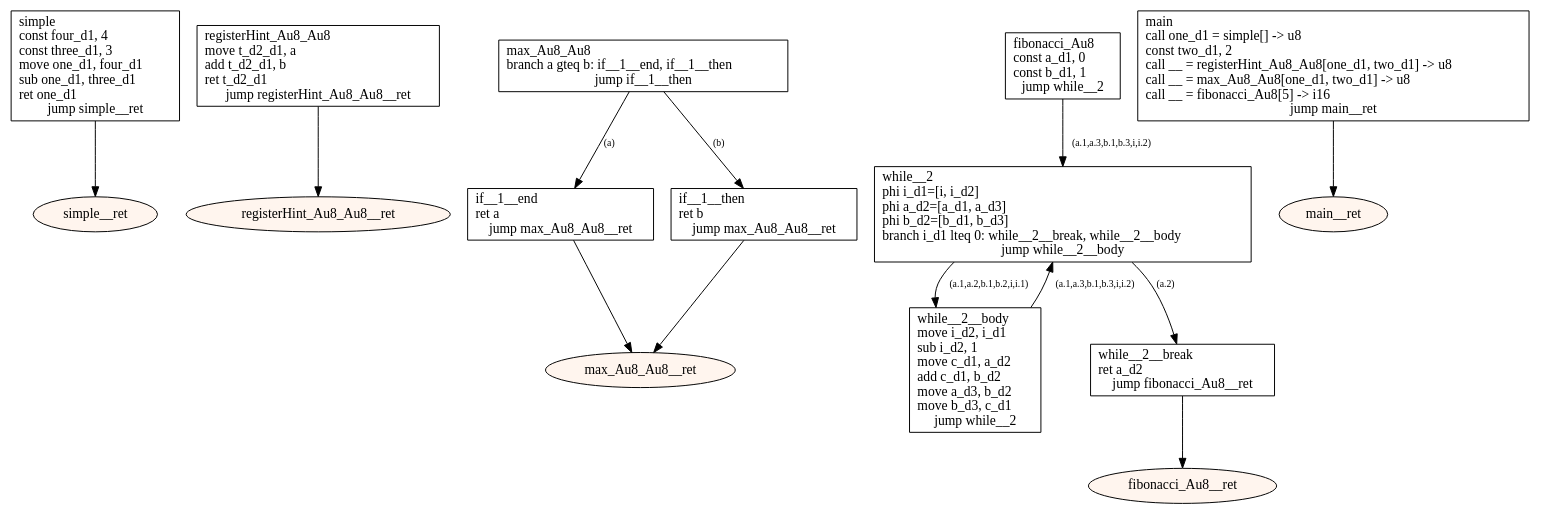
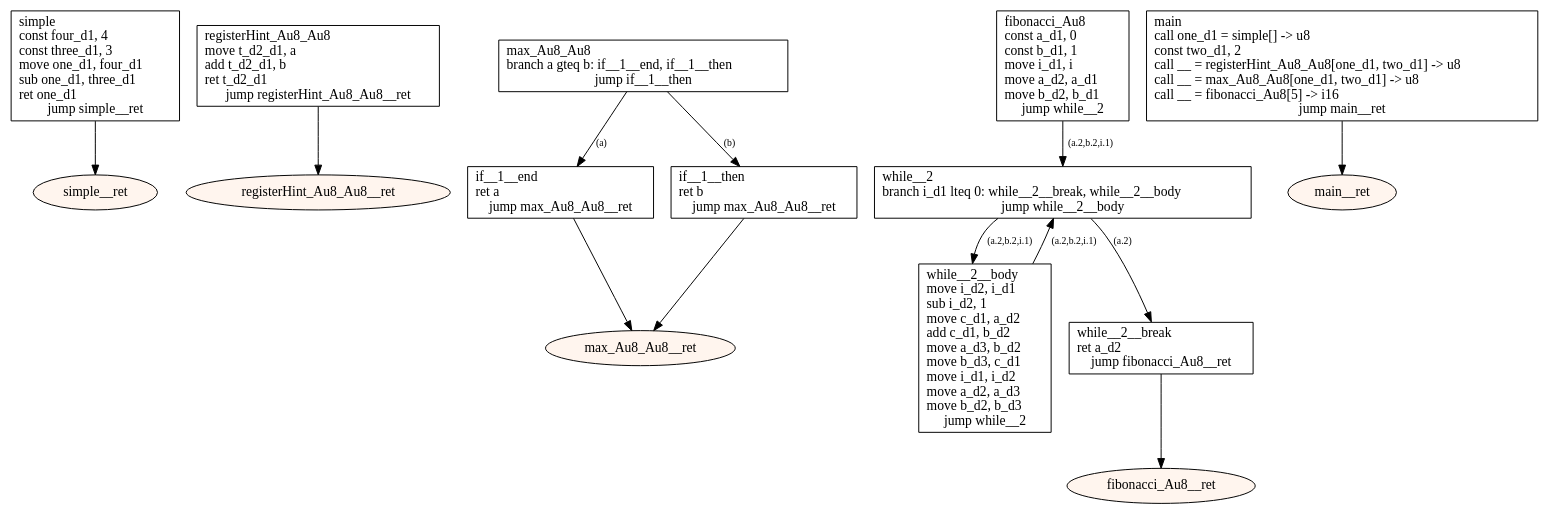
Before and after one commit to tmssngr/tinyC: the diagram in src/main/resources-test/compiler/windows/regalloc.dot, drawn with Graphviz. The commit also changed 159 other files, not shown here.

```diff
--- a/src/main/resources-test/compiler/windows/regalloc.dot
+++ b/src/main/resources-test/compiler/windows/regalloc.dot
@@ -1,40 +1,40 @@
 digraph program {
 	edge[fontsize="10pt"];
 	subgraph fn_simple {
 		BasicBlock_0_simple [label="simple\lconst four_d1, 4\lconst three_d1, 3\lmove one_d1, four_d1\lsub one_d1, three_d1\lret one_d1\ljump simple__ret",shape=box];
 		BasicBlock_0_simple -> BasicBlock_0_simple__ret;
 		BasicBlock_0_simple__ret [label="simple__ret",shape=oval,style=filled,fillcolor="#fff5ee"];
 	}
 	subgraph fn_registerHint_Au8_Au8 {
 		BasicBlock_1_registerHint_Au8_Au8 [label="registerHint_Au8_Au8\lmove t_d2_d1, a\ladd t_d2_d1, b\lret t_d2_d1\ljump registerHint_Au8_Au8__ret",shape=box];
 		BasicBlock_1_registerHint_Au8_Au8 -> BasicBlock_1_registerHint_Au8_Au8__ret;
 		BasicBlock_1_registerHint_Au8_Au8__ret [label="registerHint_Au8_Au8__ret",shape=oval,style=filled,fillcolor="#fff5ee"];
 	}
 	subgraph fn_max_Au8_Au8 {
 		BasicBlock_2_max_Au8_Au8 [label="max_Au8_Au8\lbranch a gteq b: if__1__end, if__1__then\ljump if__1__then",shape=box];
 		BasicBlock_2_max_Au8_Au8 -> BasicBlock_2_if__1__end [label="(a)"];
 		BasicBlock_2_max_Au8_Au8 -> BasicBlock_2_if__1__then [label="(b)"];
 		BasicBlock_2_if__1__then [label="if__1__then\lret b\ljump max_Au8_Au8__ret",shape=box];
 		BasicBlock_2_if__1__then -> BasicBlock_2_max_Au8_Au8__ret;
 		BasicBlock_2_if__1__end [label="if__1__end\lret a\ljump max_Au8_Au8__ret",shape=box];
 		BasicBlock_2_if__1__end -> BasicBlock_2_max_Au8_Au8__ret;
 		BasicBlock_2_max_Au8_Au8__ret [label="max_Au8_Au8__ret",shape=oval,style=filled,fillcolor="#fff5ee"];
 	}
 	subgraph fn_fibonacci_Au8 {
-		BasicBlock_3_fibonacci_Au8 [label="fibonacci_Au8\lconst a_d1, 0\lconst b_d1, 1\ljump while__2",shape=box];
-		BasicBlock_3_fibonacci_Au8 -> BasicBlock_3_while__2 [label="(a.1,a.3,b.1,b.3,i,i.2)"];
-		BasicBlock_3_while__2__body [label="while__2__body\lmove i_d2, i_d1\lsub i_d2, 1\lmove c_d1, a_d2\ladd c_d1, b_d2\lmove a_d3, b_d2\lmove b_d3, c_d1\ljump while__2",shape=box];
-		BasicBlock_3_while__2__body -> BasicBlock_3_while__2 [label="(a.1,a.3,b.1,b.3,i,i.2)"];
-		BasicBlock_3_while__2 [label="while__2\lphi i_d1=[i, i_d2]\lphi a_d2=[a_d1, a_d3]\lphi b_d2=[b_d1, b_d3]\lbranch i_d1 lteq 0: while__2__break, while__2__body\ljump while__2__body",shape=box];
+		BasicBlock_3_fibonacci_Au8 [label="fibonacci_Au8\lconst a_d1, 0\lconst b_d1, 1\lmove i_d1, i\lmove a_d2, a_d1\lmove b_d2, b_d1\ljump while__2",shape=box];
+		BasicBlock_3_fibonacci_Au8 -> BasicBlock_3_while__2 [label="(a.2,b.2,i.1)"];
+		BasicBlock_3_while__2__body [label="while__2__body\lmove i_d2, i_d1\lsub i_d2, 1\lmove c_d1, a_d2\ladd c_d1, b_d2\lmove a_d3, b_d2\lmove b_d3, c_d1\lmove i_d1, i_d2\lmove a_d2, a_d3\lmove b_d2, b_d3\ljump while__2",shape=box];
+		BasicBlock_3_while__2__body -> BasicBlock_3_while__2 [label="(a.2,b.2,i.1)"];
+		BasicBlock_3_while__2 [label="while__2\lbranch i_d1 lteq 0: while__2__break, while__2__body\ljump while__2__body",shape=box];
 		BasicBlock_3_while__2 -> BasicBlock_3_while__2__break [label="(a.2)"];
-		BasicBlock_3_while__2 -> BasicBlock_3_while__2__body [label="(a.1,a.2,b.1,b.2,i,i.1)"];
+		BasicBlock_3_while__2 -> BasicBlock_3_while__2__body [label="(a.2,b.2,i.1)"];
 		BasicBlock_3_while__2__break [label="while__2__break\lret a_d2\ljump fibonacci_Au8__ret",shape=box];
 		BasicBlock_3_while__2__break -> BasicBlock_3_fibonacci_Au8__ret;
 		BasicBlock_3_fibonacci_Au8__ret [label="fibonacci_Au8__ret",shape=oval,style=filled,fillcolor="#fff5ee"];
 	}
 	subgraph fn_main {
 		BasicBlock_4_main [label="main\lcall one_d1 = simple[] -> u8\lconst two_d1, 2\lcall __ = registerHint_Au8_Au8[one_d1, two_d1] -> u8\lcall __ = max_Au8_Au8[one_d1, two_d1] -> u8\lcall __ = fibonacci_Au8[5] -> i16\ljump main__ret",shape=box];
 		BasicBlock_4_main -> BasicBlock_4_main__ret;
 		BasicBlock_4_main__ret [label="main__ret",shape=oval,style=filled,fillcolor="#fff5ee"];
 	}
 }
```
